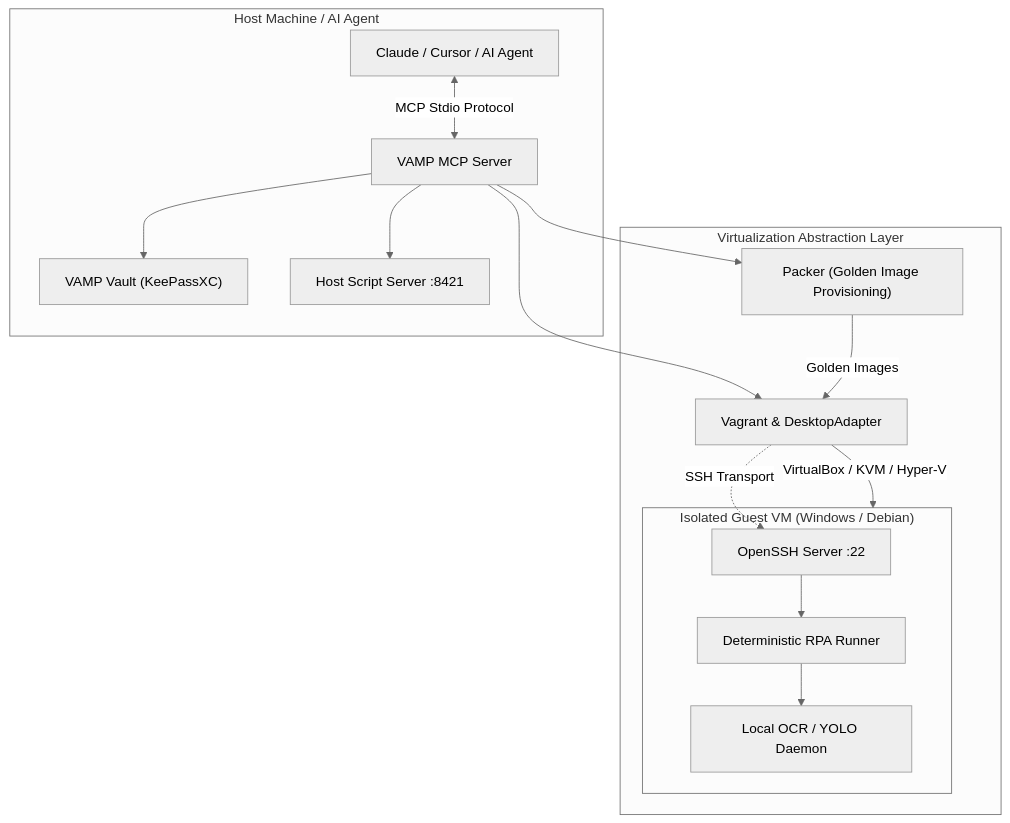
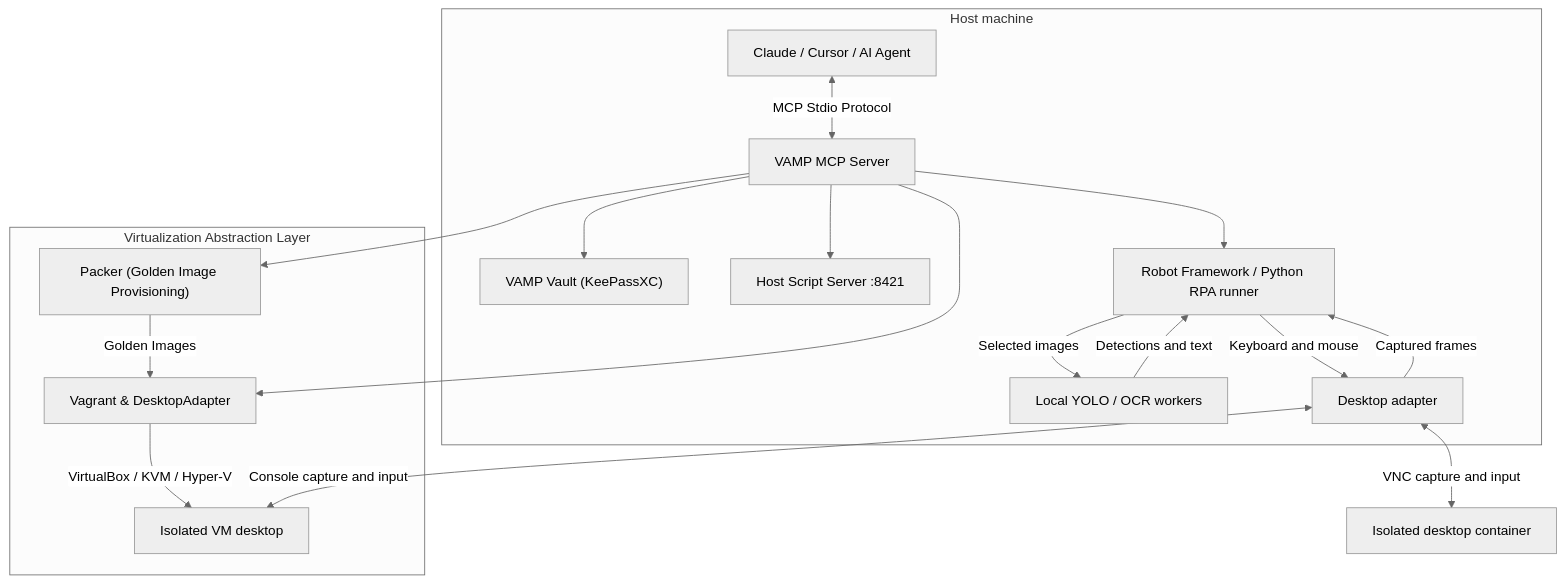
The diagram in README.md (wayfarer6/vamp-mcp), drawn with Mermaid (neutral theme) before and after one commit. The commit also changed other lines of this file and 3 other files, not shown here.

Commit message:
Document host-side RPA execution and screen analysis

````diff
--- a/README.md
+++ b/README.md
@@ -114,32 +114,35 @@
 ```mermaid
 flowchart TD
-    subgraph Host ["Host Machine / AI Agent"]
+    subgraph Host ["Host machine"]
         Agent["Claude / Cursor / AI Agent"]
         MCP["VAMP MCP Server"]
         Vault["VAMP Vault (KeePassXC)"]
         HTTP["Host Script Server :8421"]
+        RPA["Robot Framework / Python RPA runner"]
+        Vision["Local YOLO / OCR workers"]
+        Desktop["Desktop adapter"]
 
         Agent <-->|MCP Stdio Protocol| MCP
         MCP --> Vault
         MCP --> HTTP
+        MCP --> RPA
+        RPA -->|Keyboard and mouse| Desktop
+        Desktop -->|Captured frames| RPA
+        RPA -->|Selected images| Vision
+        Vision -->|Detections and text| RPA
     end
 
     subgraph Infrastructure ["Virtualization Abstraction Layer"]
         Packer["Packer (Golden Image Provisioning)"]
         Vagrant["Vagrant & DesktopAdapter"]
         MCP --> Packer
         MCP --> Vagrant
         Packer -->|Golden Images| Vagrant
-        Vagrant -->|VirtualBox / KVM / Hyper-V| Guest
+        Vagrant -->|VirtualBox / KVM / Hyper-V| VM
     end
 
-    subgraph Guest ["Isolated Guest VM (Windows / Debian)"]
-        SSH["OpenSSH Server :22"]
-        RPA["Deterministic RPA Runner"]
-        Vision["Local OCR / YOLO Daemon"]
-
-        Vagrant -. SSH Transport .-> SSH
-        SSH --> RPA
-        RPA --> Vision
-    end
+    VM["Isolated VM desktop"]
+    Container["Isolated desktop container"]
+    Desktop <-->|Console capture and input| VM
+    Desktop <-->|VNC capture and input| Container
 ```
````
